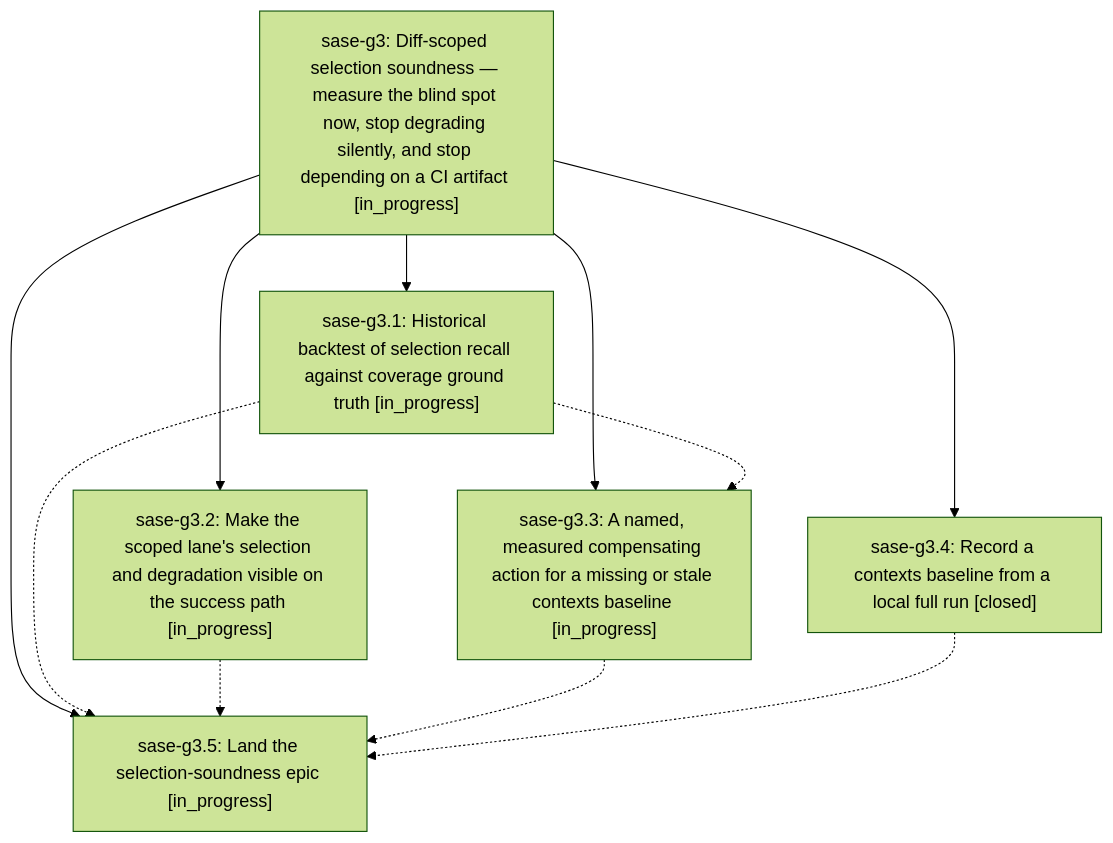
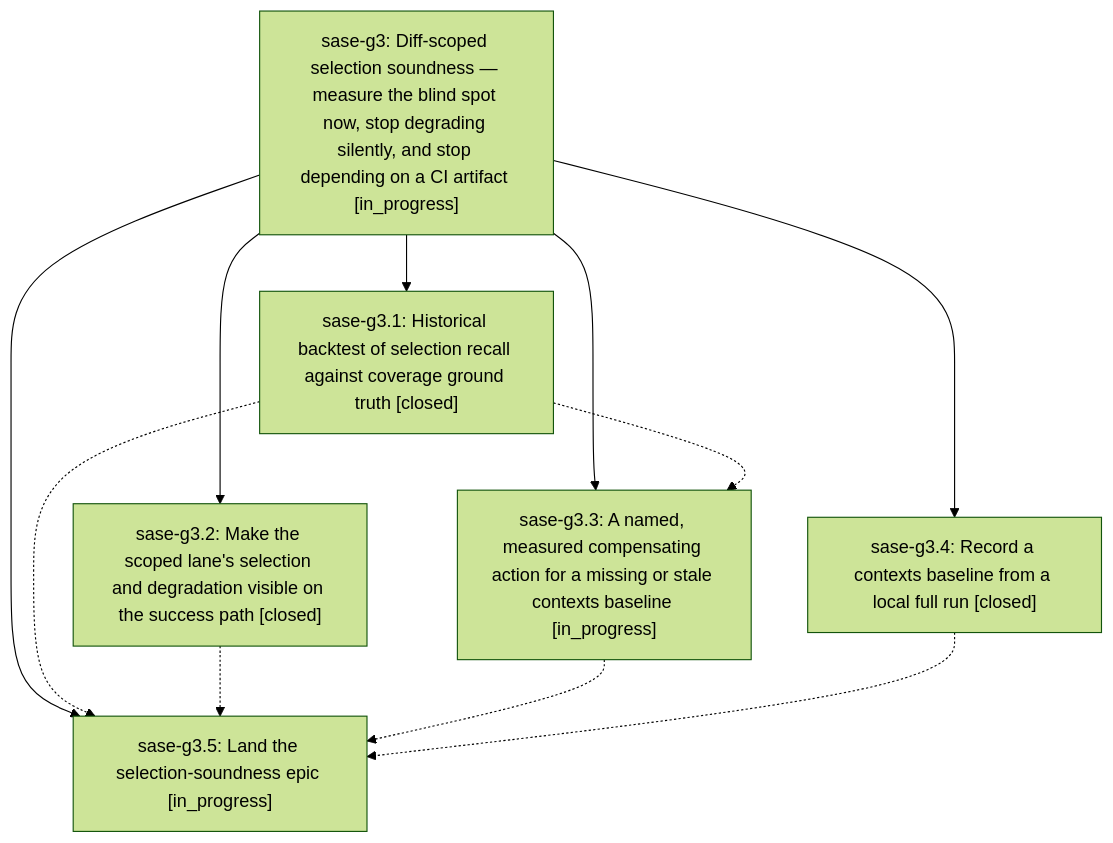
The diagram in pages/sase-g3/README.md (sase-org/sase--beads), drawn with Mermaid (forest theme) before and after one commit. The commit also changed other lines of this file and 4 other files, not shown here.

````diff
--- a/pages/sase-g3/README.md
+++ b/pages/sase-g3/README.md
@@ -26,19 +26,19 @@
 ```mermaid
 flowchart TD
     n0["sase-g3: Diff-scoped selection soundness — measure the blind spot now, stop degrading silently, and stop depending on a CI artifact [in_progress]"]
-    n1["sase-g3.1: Historical backtest of selection recall against coverage ground truth [in_progress]"]
-    n2["sase-g3.2: Make the scoped lane's selection and degradation visible on the success path [in_progress]"]
+    n1["sase-g3.1: Historical backtest of selection recall against coverage ground truth [closed]"]
+    n2["sase-g3.2: Make the scoped lane's selection and degradation visible on the success path [closed]"]
     n3["sase-g3.3: A named, measured compensating action for a missing or stale contexts baseline [in_progress]"]
     n4["sase-g3.4: Record a contexts baseline from a local full run [closed]"]
     n5["sase-g3.5: Land the selection-soundness epic [in_progress]"]
     n0 --> n1
     n0 --> n2
     n0 --> n3
     n0 --> n4
     n0 --> n5
     n1 -.-> n3
     n1 -.-> n5
     n2 -.-> n5
     n3 -.-> n5
     n4 -.-> n5
 ```
````
